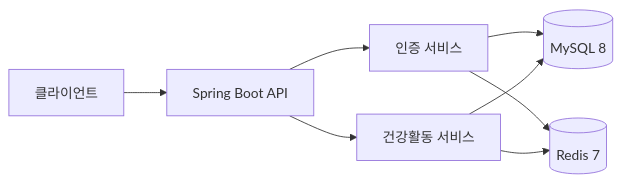
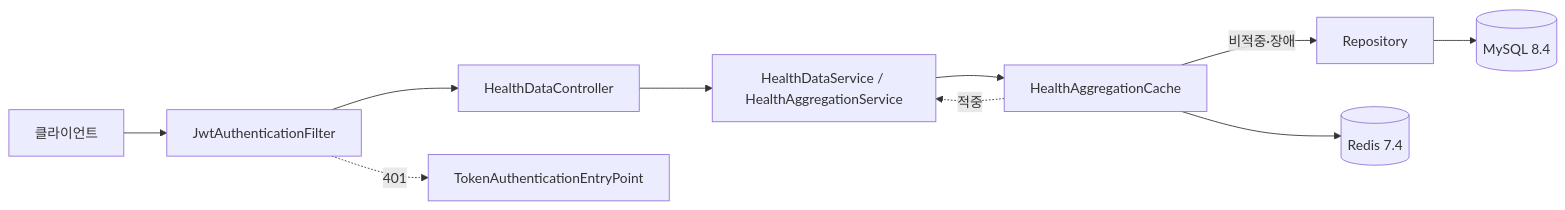
The diagram in README.md (dongkeonkim/okcare-health-backend), drawn with Mermaid before and after one commit. The commit also changed other lines of this file and 4 other files, not shown here.

````diff
--- a/README.md
+++ b/README.md
@@ -56,10 +181,12 @@
 ```mermaid
 flowchart LR
-    Client[클라이언트] --> App[Spring Boot API]
-    App --> Auth[인증 서비스]
-    App --> Health[건강활동 서비스]
-    Auth --> MySQL[(MySQL 8)]
-    Health --> MySQL
-    Auth --> Redis[(Redis 7)]
-    Health --> Redis
+    Client[클라이언트] --> Filter[JwtAuthenticationFilter]
+    Filter --> Controller[HealthDataController]
+    Controller --> Service[HealthDataService / HealthAggregationService]
+    Service --> Cache[HealthAggregationCache]
+    Cache -.->|적중| Service
+    Cache -->|비적중·장애| Repo[Repository]
+    Repo --> MySQL[(MySQL 8.4)]
+    Cache --> Redis[(Redis 7.4)]
+    Filter -.->|401| EntryPoint[TokenAuthenticationEntryPoint]
 ```
````
